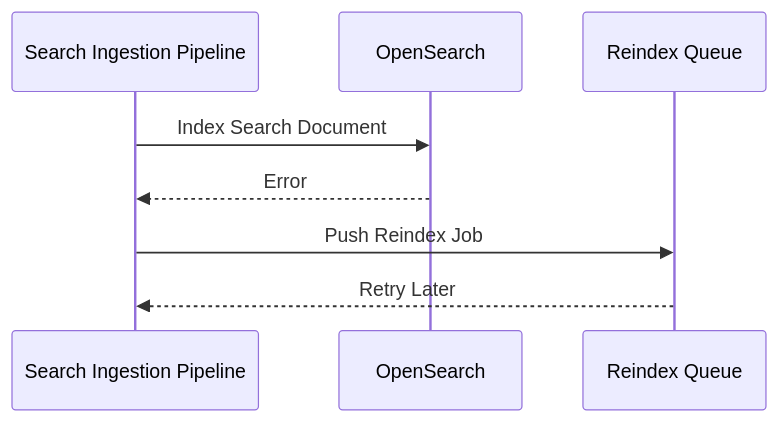
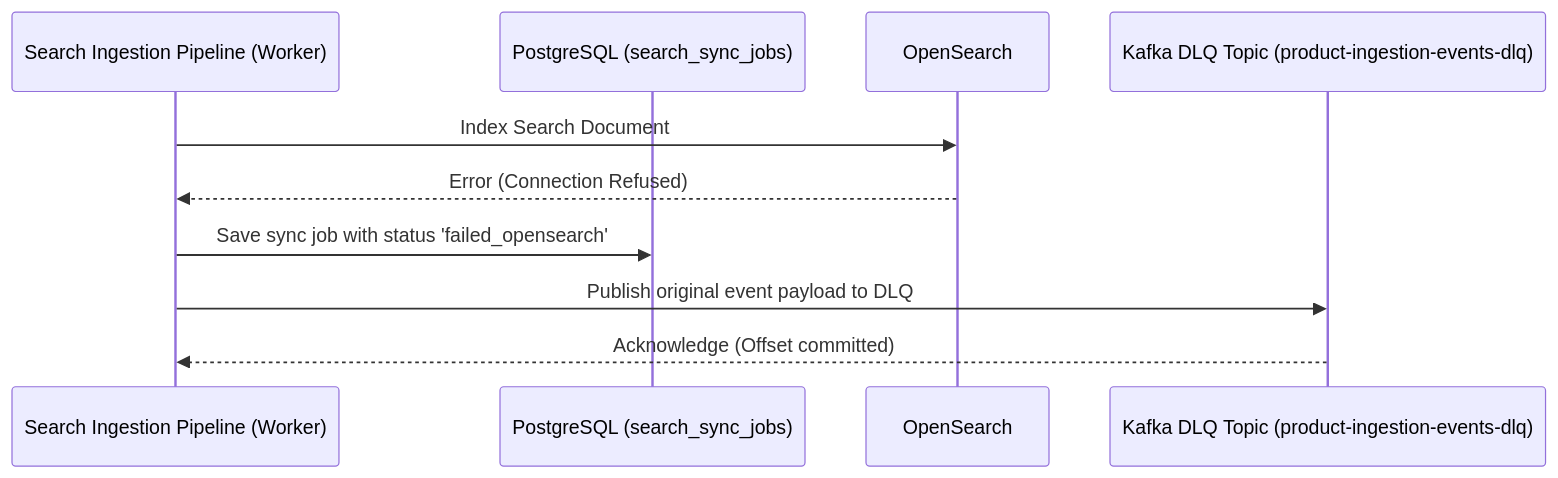
Before and after one commit to PhamHao1412/search-engine: the third of 3 diagrams in ba/user-stories/US-001-Product-Ingestion.md, drawn with Mermaid. The commit also changed other lines of this file and 66 other files, not shown here.

Commit message:
[main]feat: implement product ingestion pipeline and product search api (us-001 & us-002)

````diff
--- a/ba/user-stories/US-001-Product-Ingestion.md
+++ b/ba/user-stories/US-001-Product-Ingestion.md
@@ -150,15 +163,14 @@
 ```mermaid
 sequenceDiagram
 
-participant Ingestion as Search Ingestion Pipeline
+participant Ingestion as Search Ingestion Pipeline (Worker)
+participant DB as PostgreSQL (search_sync_jobs)
 participant OpenSearch as OpenSearch
-participant Queue as Reindex Queue
+participant DLQ as Kafka DLQ Topic (product-ingestion-events-dlq)
 
 Ingestion->>OpenSearch: Index Search Document
-
-OpenSearch-->>Ingestion: Error
-
-Ingestion->>Queue: Push Reindex Job
-
-Queue-->>Ingestion: Retry Later
+OpenSearch-->>Ingestion: Error (Connection Refused)
+Ingestion->>DB: Save sync job with status 'failed_opensearch'
+Ingestion->>DLQ: Publish original event payload to DLQ
+DLQ-->>Ingestion: Acknowledge (Offset committed)
 ```
````
